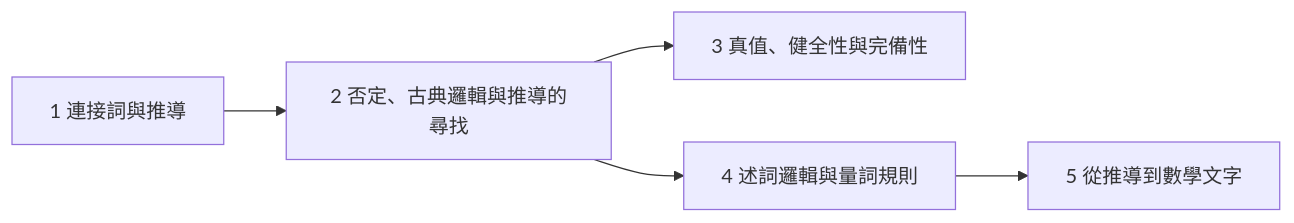
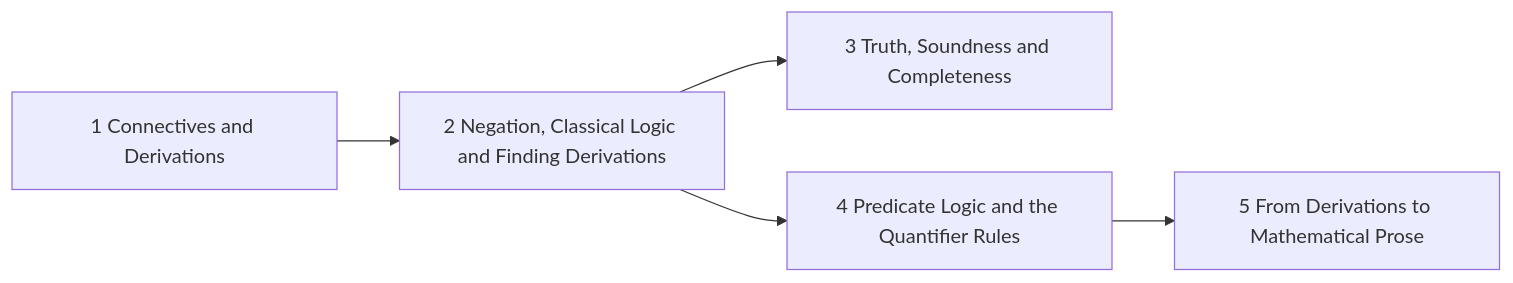
Before and after one commit to AkizumiFox/math-atlas: the second of 26 diagrams in generated/README.md, drawn with Mermaid. The commit also changed other lines of this file and 36 other files, not shown here.

````diff
--- a/generated/README.md
+++ b/generated/README.md
@@ -73,15 +72,15 @@
 ```mermaid
 flowchart LR
-  F1_1["1 連接詞與推導"]
-  F1_2["2 否定、古典邏輯與推導的尋找"]
-  F1_3["3 真值、健全性與完備性"]
-  F1_4["4 述詞邏輯與量詞規則"]
-  F1_5["5 從推導到數學文字"]
+  F1_1["1 Connectives and Derivations"]
+  F1_2["2 Negation, Classical Logic and Finding Derivations"]
+  F1_3["3 Truth, Soundness and Completeness"]
+  F1_4["4 Predicate Logic and the Quantifier Rules"]
+  F1_5["5 From Derivations to Mathematical Prose"]
   F1_1 --> F1_2
   F1_2 --> F1_3
   F1_2 --> F1_4
   F1_4 --> F1_5
   classDef ext fill:#e6e6e6,stroke:#999,color:#555
   classDef opt fill:#fff,stroke:#999,stroke-dasharray:4 3,color:#555
   classDef segb fill:#f6f6fb,stroke:#99a,color:#333
 ```
````
